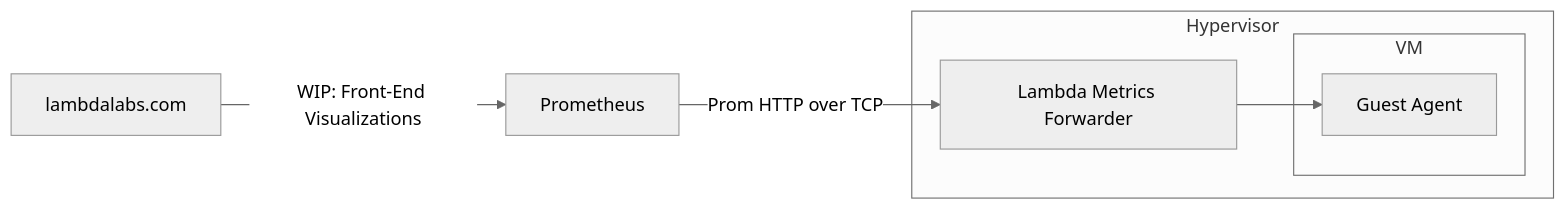
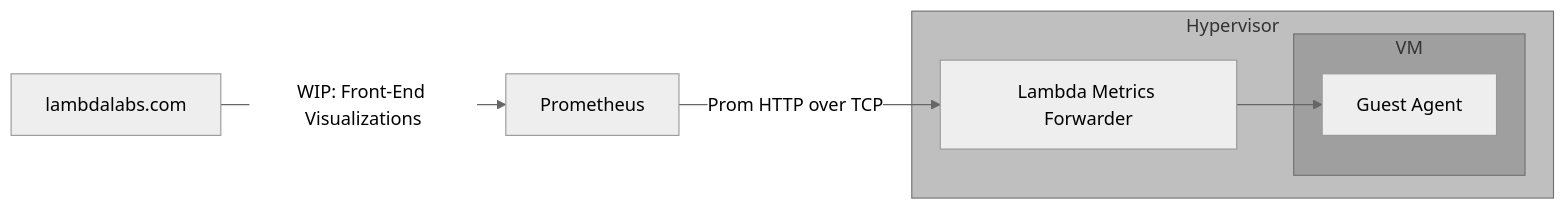
One commit to LandonTClipp/lambda-docs changed the diagram in docs/public-cloud/on-demand/guest-agent.md. Above: the diagram before and after it, drawn with Mermaid (neutral theme). The commit also changed 1 other file, not shown here.

Commit message:
Gets Guest Agent diagram into a good state again.

````diff
--- a/docs/public-cloud/on-demand/guest-agent.md
+++ b/docs/public-cloud/on-demand/guest-agent.md
@@ -41,16 +41,19 @@
 ```mermaid
 flowchart LR
     prometheus[Prometheus]
     FrontEnd[lambdalabs.com]
     subgraph Hypervisor
         subgraph VM
             guestAgent[Guest Agent]
         end
 
         MetricsForwarder[Lambda Metrics Forwarder]
         MetricsForwarder --> guestAgent
 
     end
     prometheus -->|Prom HTTP over TCP| MetricsForwarder
     FrontEnd -->|WIP: Front-End Visualizations| prometheus
+
+    style Hypervisor fill:#80808080;
+    style VM fill:#80808080;
 ```
````
